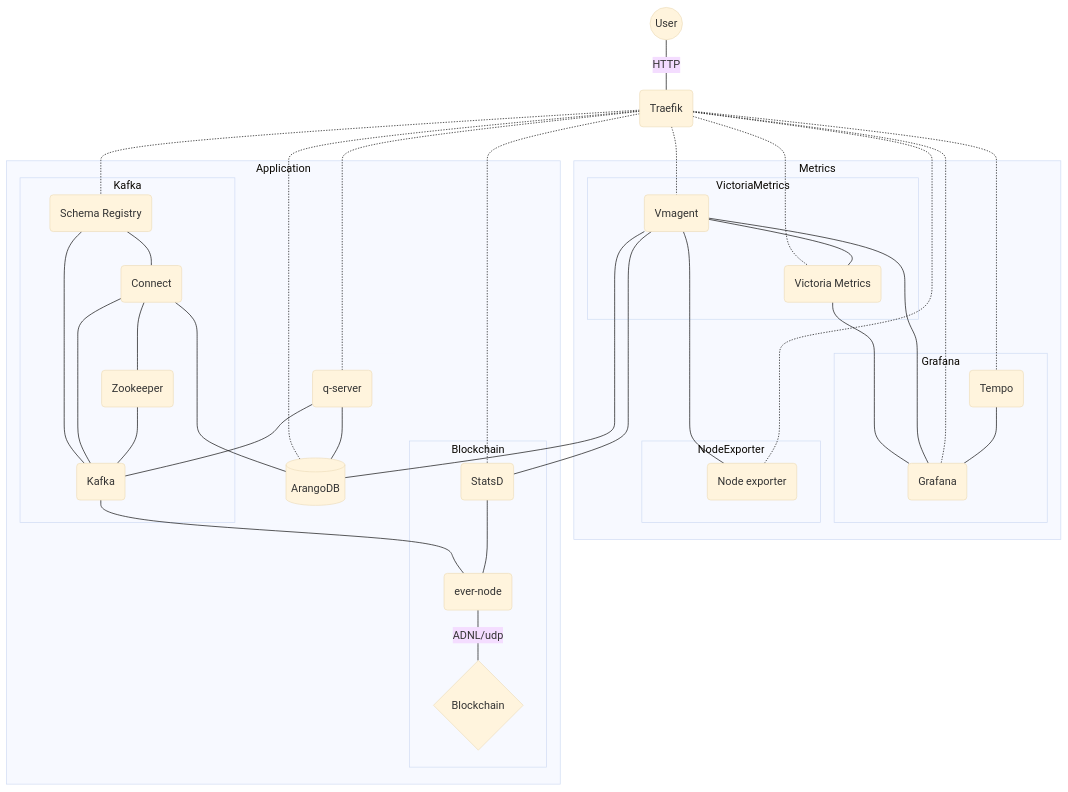
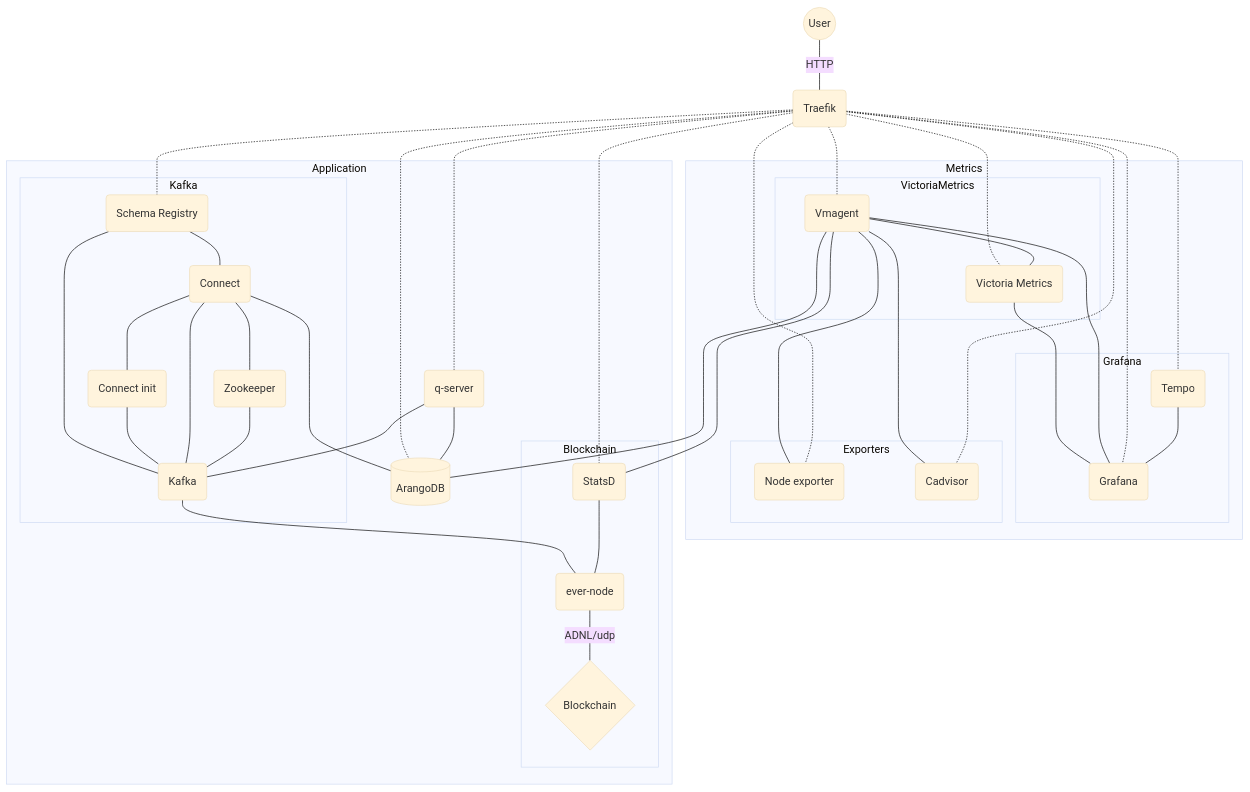
The first of 2 diagrams in README.md (treeton-org/application-server), drawn with Mermaid (base theme) before and after one commit. The commit also changed other lines of this file, not shown here.

Commit message:
docs: Add connect-init and cadvison into scheme

````diff
--- a/README.md
+++ b/README.md
@@ -41,67 +41,69 @@
 ```mermaid
 flowchart TD
     subgraph Metrics
         VictoriaMetrics
-        NodeExporter
+        Exporters
         Grafana
     end
 
         subgraph VictoriaMetrics
             vmagent(Vmagent)
             victoria-metrics(Victoria Metrics)
             vmagent---victoria-metrics
         end
 
         subgraph Grafana
             tempo(Tempo)
             grafana(Grafana)
             tempo---grafana
         end
 
-        subgraph NodeExporter
+        subgraph Exporters
             node-exporter(Node exporter)
-            node-exporter
+            cadvisor(Cadvisor)
         end
 
     subgraph Application
         Kafka
         QueryServer
         Blockchain
     end
 
         subgraph Kafka
             zookeeper(Zookeeper)
             kafka(Kafka)
             schema-registry(Schema Registry)
+            connect-init(Connect init)
             connect(Connect)
             zookeeper---kafka
-            connect---zookeeper & kafka
+            connect---connect-init & zookeeper & kafka
+            connect-init---kafka
             schema-registry---kafka & connect
         end
 
         subgraph QueryServer
             q-server(q-server)
             arangodb[(ArangoDB)]
             q-server---arangodb
         end
         style QueryServer color:transparent,stroke:transparent
 
         subgraph Blockchain
             statsd(StatsD)
             ever-node(ever-node)
             blockchain{Blockchain}
             statsd---ever-node---|ADNL/udp|blockchain
         end
 
 
     user((User))
     traefik(Traefik)
 
     user---|HTTP|traefik
-    traefik-.-arangodb & tempo & schema-registry & vmagent & victoria-metrics & q-server & statsd & node-exporter & grafana
+    traefik-.-arangodb & tempo & schema-registry & vmagent & victoria-metrics & q-server & statsd & node-exporter & cadvisor & grafana
     kafka---ever-node
     connect---arangodb
     q-server---kafka
-    vmagent-----grafana & statsd & node-exporter & arangodb
+    vmagent-----grafana & statsd & node-exporter & cadvisor & arangodb
     victoria-metrics---grafana
 ```
````
